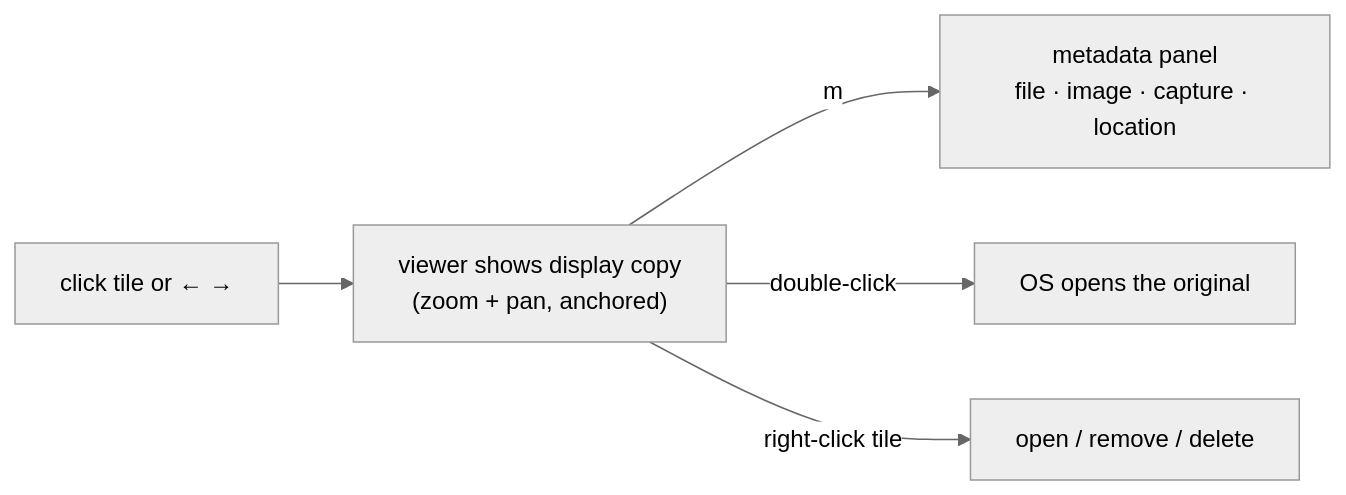
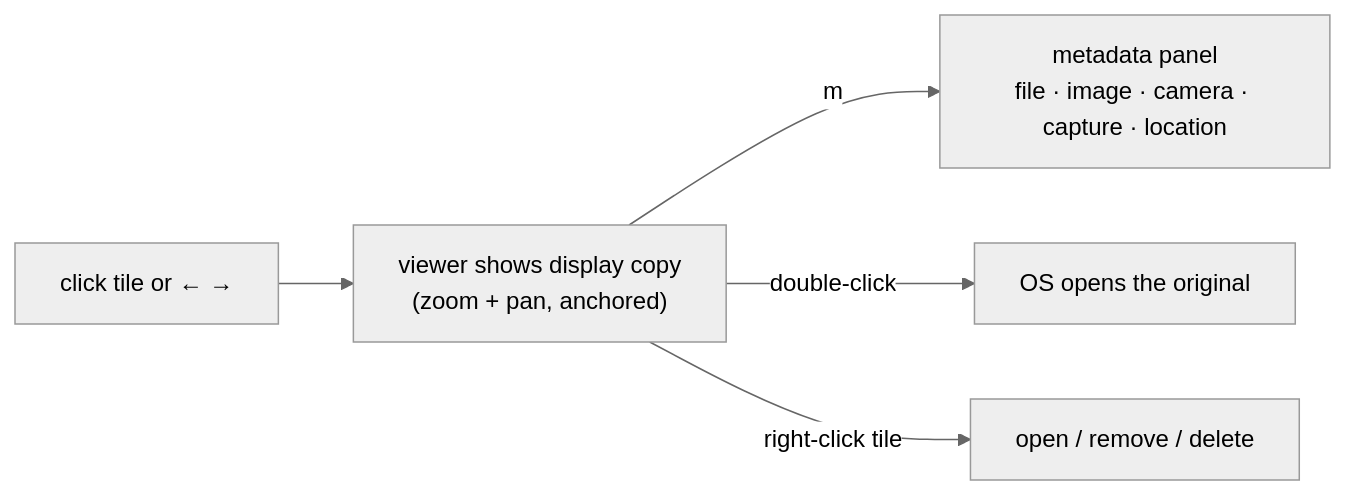
The third of 3 diagrams in README.md (sprine/fantastic-octo-disco), drawn with Mermaid (neutral theme) before and after one commit. The commit also changed 5 other files, not shown here.

First line of the commit message:
feat(exif): camera facts in the detail panel

````diff
--- a/README.md
+++ b/README.md
@@ -106,7 +106,7 @@
 ```mermaid
 flowchart LR
     A["click tile or ← →"] --> B["viewer shows display copy\n(zoom + pan, anchored)"]
-    B -- "m" --> C["metadata panel\nfile · image · capture · location"]
+    B -- "m" --> C["metadata panel\nfile · image · camera · capture · location"]
     B -- "double-click" --> D["OS opens the original"]
     B -- "right-click tile" --> E["open / remove / delete"]
 ```
````
